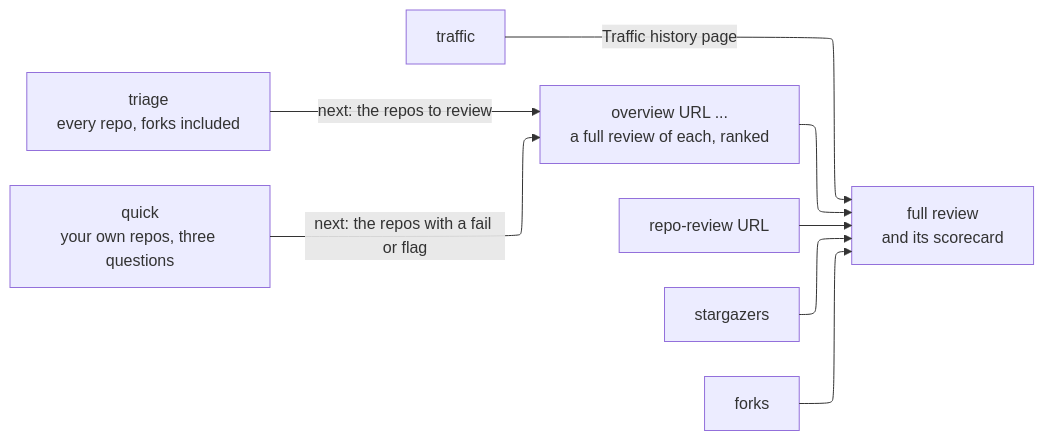
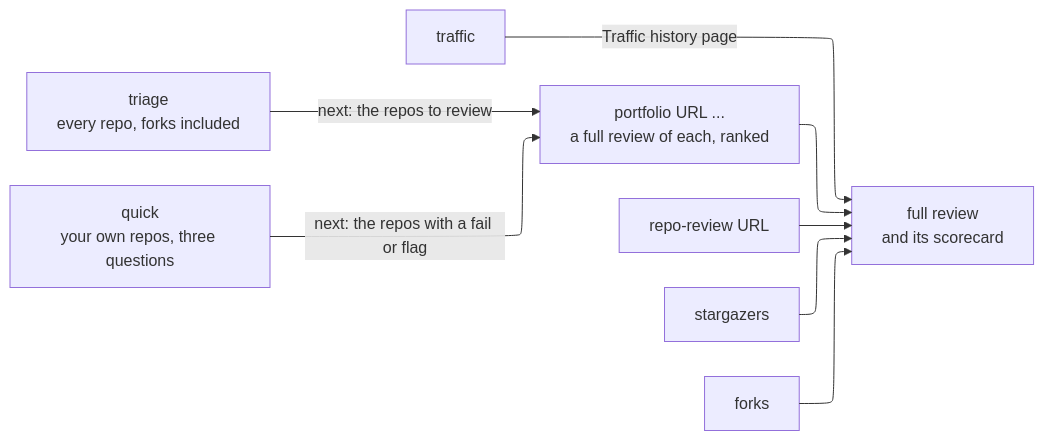
The diagram in README.md (tcrossland/github-curator), drawn with Mermaid before and after one commit. The commit also changed other lines of this file and 13 other files, not shown here.

First line of the commit message:
feat(repo-review): rename overview to portfolio and take OWNER/REPO

````diff
--- a/README.md
+++ b/README.md
@@ -23,14 +23,14 @@
   ```mermaid
   ---
   config:
     layout: elk
   ---
   flowchart LR
-      triage["triage<br>every repo, forks included"] -- "next: the repos to review" --> overview
-      quick["quick<br>your own repos, three questions"] -- "next: the repos with a fail or flag" --> overview
-      overview["overview URL ...<br>a full review of each, ranked"] --> review["full review<br>and its scorecard"]
+      triage["triage<br>every repo, forks included"] -- "next: the repos to review" --> portfolio
+      quick["quick<br>your own repos, three questions"] -- "next: the repos with a fail or flag" --> portfolio
+      portfolio["portfolio URL ...<br>a full review of each, ranked"] --> review["full review<br>and its scorecard"]
       single["repo-review URL"] --> review
       stargazers --> review
       forks --> review
       traffic -- "Traffic history page" --> review
   ```
````
